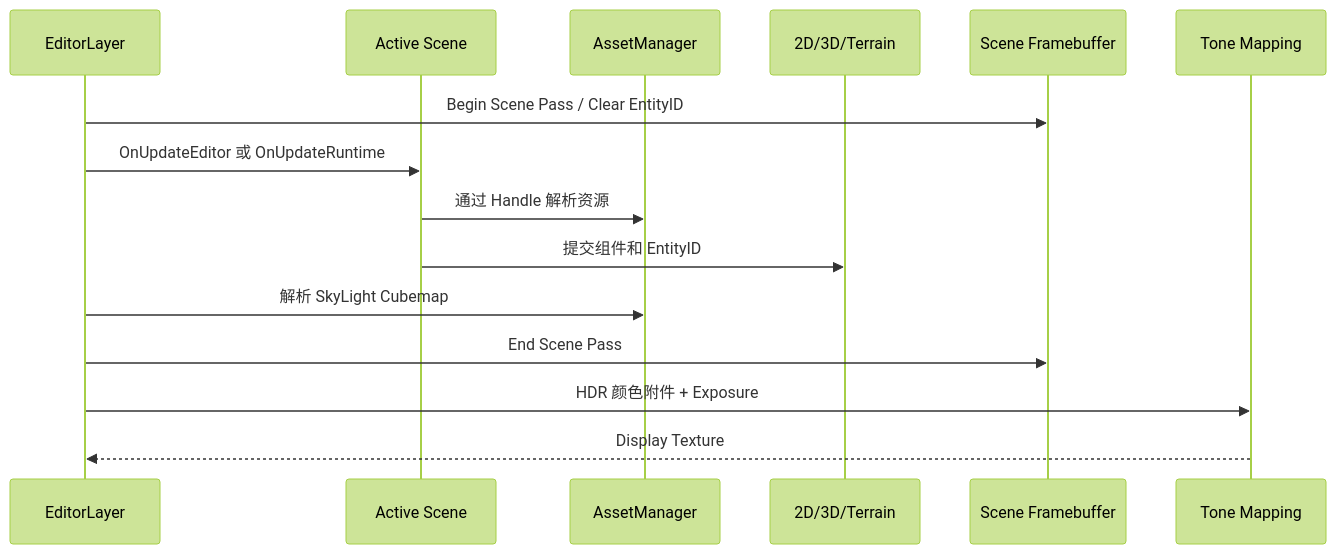
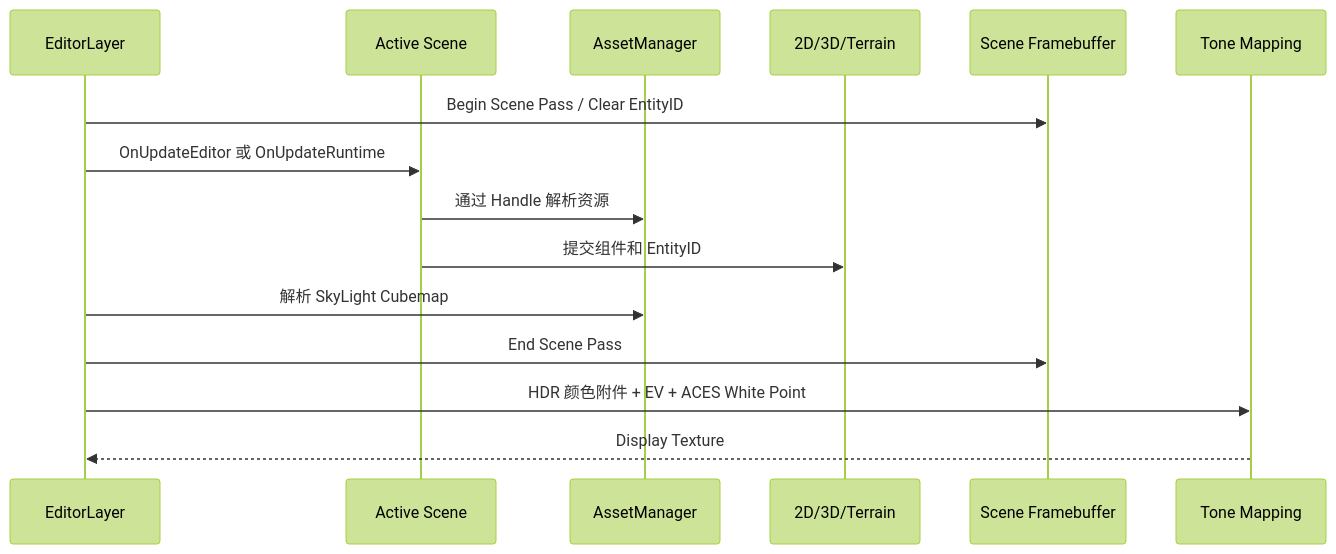
Before and after one commit to Ch1aki7/Glimmer: the sixth of 7 diagrams in ARCHITECTURE.md, drawn with Mermaid (forest theme). The commit also changed other lines of this file and 5 other files, not shown here.

````diff
--- a/ARCHITECTURE.md
+++ b/ARCHITECTURE.md
@@ -402,17 +402,17 @@
 ```mermaid
 sequenceDiagram
     participant Editor as EditorLayer
     participant Scene as Active Scene
     participant Assets as AssetManager
     participant Renderers as 2D/3D/Terrain
     participant FBO as Scene Framebuffer
     participant Tone as Tone Mapping
     Editor->>FBO: Begin Scene Pass / Clear EntityID
     Editor->>Scene: OnUpdateEditor 或 OnUpdateRuntime
     Scene->>Assets: 通过 Handle 解析资源
     Scene->>Renderers: 提交组件和 EntityID
     Editor->>Assets: 解析 SkyLight Cubemap
     Editor->>FBO: End Scene Pass
-    Editor->>Tone: HDR 颜色附件 + Exposure
+    Editor->>Tone: HDR 颜色附件 + EV + ACES White Point
     Tone-->>Editor: Display Texture
 ```
````
